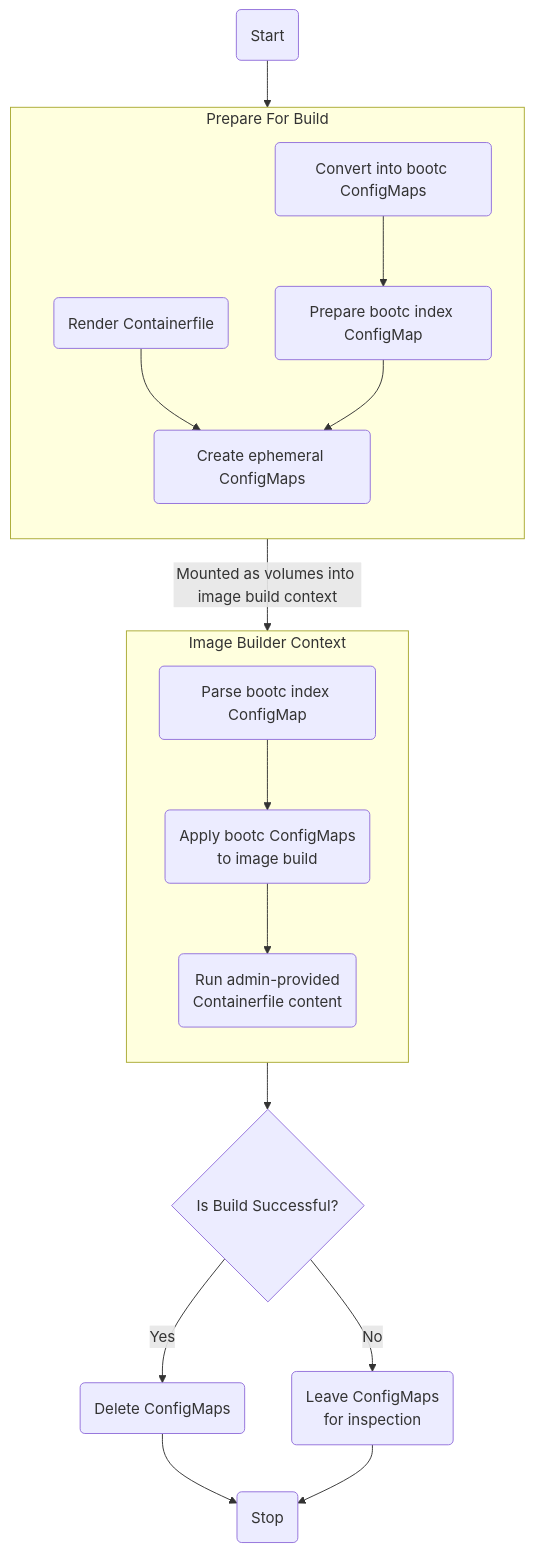
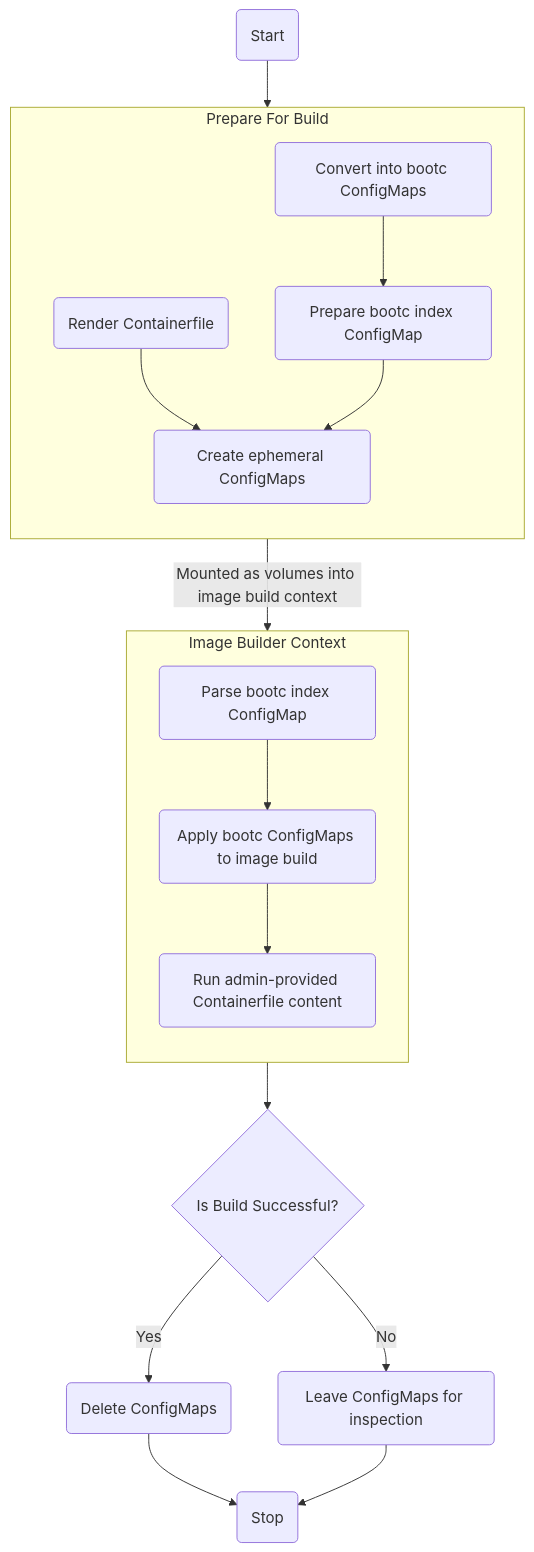
The fifth of 5 diagrams in enhancements/machine-config/on-cluster-layering.md (openshift/enhancements), drawn with Mermaid before and after one commit. The commit also changed other lines of this file, not shown here.

````diff
--- a/enhancements/machine-config/on-cluster-layering.md
+++ b/enhancements/machine-config/on-cluster-layering.md
@@ -639,34 +605,34 @@
 ```mermaid
 flowchart TB
   Start("Start")
   subgraph Prepare [Prepare For Build]
     direction TB
     RenderContainerfile("Render Containerfile")
     PrepMachineConfig("Convert into bootc ConfigMaps")
     PrepIndexConfigMap("Prepare bootc index ConfigMap")
     ConfigMaps("Create ephemeral ConfigMaps")
   
     RenderContainerfile --> ConfigMaps
     PrepMachineConfig --> PrepIndexConfigMap --> ConfigMaps
   end
   
   subgraph ImageBuilder [Image Builder Context]
     direction TB
     ParseIndexConfigMap("Parse bootc index ConfigMap")
-    ApplyConfigMapsToImage("Apply bootc ConfigMaps \n to image build")
-    RunAdminProvidedContent("Run admin-provided \n Containerfile content")
+    ApplyConfigMapsToImage("Apply bootc ConfigMaps to image build")
+    RunAdminProvidedContent("Run admin-provided Containerfile content")
     ParseIndexConfigMap-->ApplyConfigMapsToImage-->RunAdminProvidedContent
   end
 
   Stop("Stop")
 
   Start --> Prepare
   ConfigMaps --> |Mounted as volumes into image build context| ImageBuilder
   IsSuccess{"Is Build Successful?"}
 
   ImageBuilder --> IsSuccess
   IsSuccess --> | Yes | DeleteConfigMaps("Delete ConfigMaps")
-  IsSuccess --> | No | LeaveConfigMaps("Leave ConfigMaps \n for inspection")
+  IsSuccess --> | No | LeaveConfigMaps("Leave ConfigMaps for inspection")
   DeleteConfigMaps --> Stop
   LeaveConfigMaps --> Stop
 ```
````
